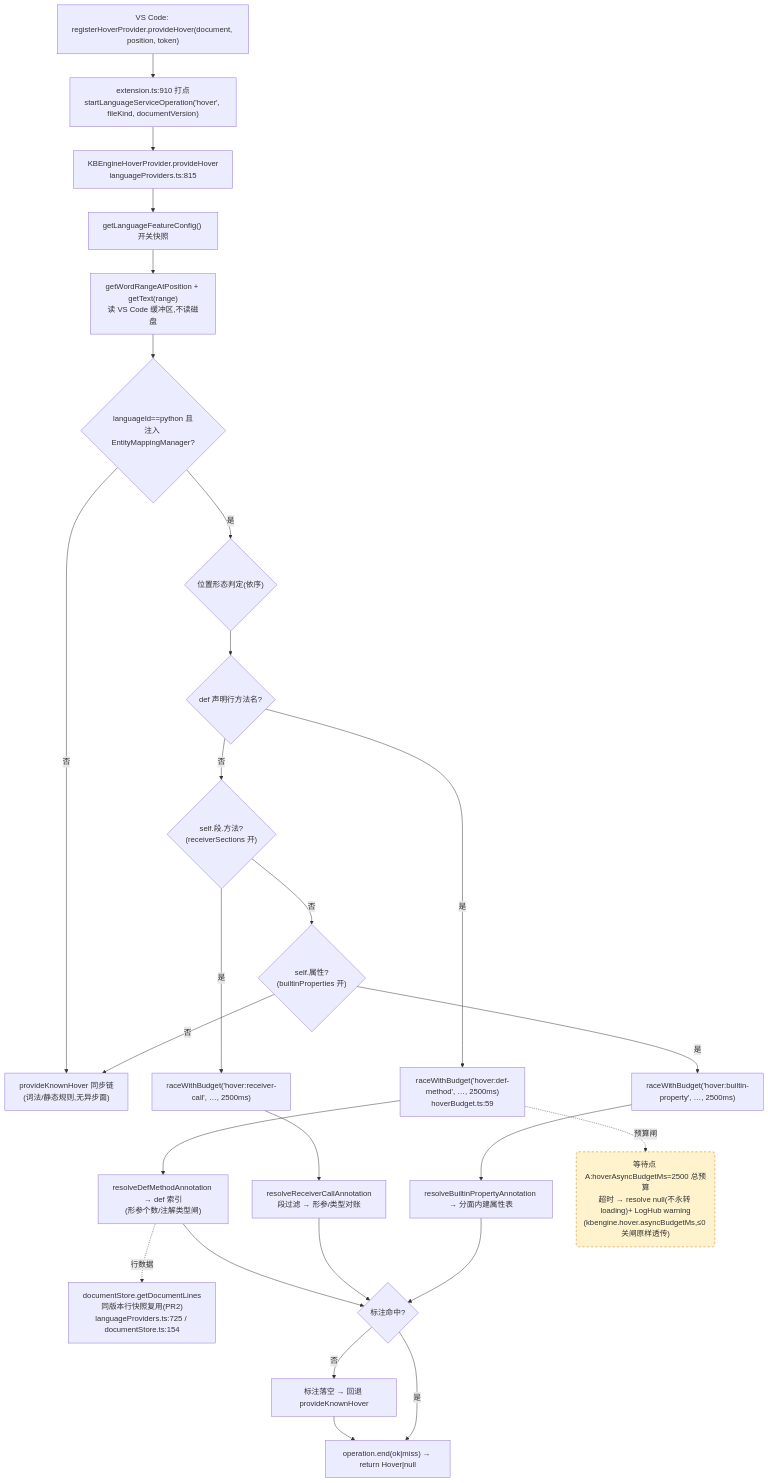
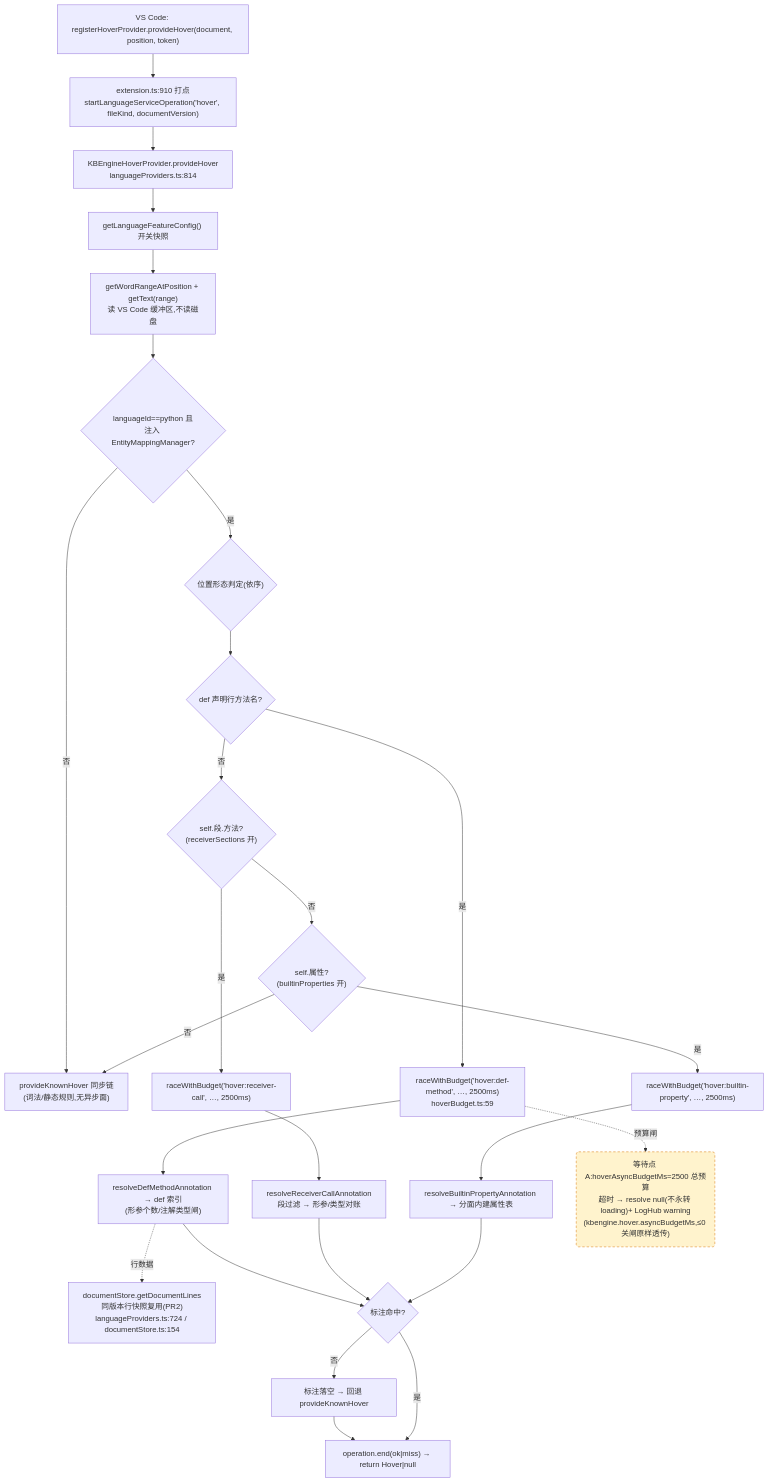
One commit to cuihairu/kode changed the first of 4 diagrams in docs/perf/2026-baseline.md. Above: the diagram before and after it, drawn with Mermaid. The commit also changed other lines of this file and 4 other files, not shown here.

````diff
--- a/docs/perf/2026-baseline.md
+++ b/docs/perf/2026-baseline.md
@@ -82,45 +82,45 @@
 ```mermaid
 flowchart TD
   VC1["VS Code: registerHoverProvider.provideHover(document, position, token)"]
   M1["extension.ts:910 打点<br/>startLanguageServiceOperation('hover', fileKind, documentVersion)"]
-  HP["KBEngineHoverProvider.provideHover<br/>languageProviders.ts:815"]
+  HP["KBEngineHoverProvider.provideHover<br/>languageProviders.ts:814"]
   CFG["getLanguageFeatureConfig() 开关快照"]
   WORD["getWordRangeAtPosition + getText(range)<br/>读 VS Code 缓冲区,不读磁盘"]
   BR{"languageId==python 且<br/>注入 EntityMappingManager?"}
   KN["provideKnownHover 同步链<br/>(词法/静态规则,无异步面)"]
   POS{"位置形态判定(依序)"}
   D1{"def 声明行方法名?"}
   D2{"self.段.方法?<br/>(receiverSections 开)"}
   D3{"self.属性?<br/>(builtinProperties 开)"}
   RA1["raceWithBudget('hover:def-method', …, 2500ms)<br/>hoverBudget.ts:59"]
   RA2["raceWithBudget('hover:receiver-call', …, 2500ms)"]
   RA3["raceWithBudget('hover:builtin-property', …, 2500ms)"]
   RS1["resolveDefMethodAnnotation → def 索引<br/>(形参个数/注解类型闸)"]
   RS2["resolveReceiverCallAnnotation<br/>段过滤 → 形参/类型对账"]
   RS3["resolveBuiltinPropertyAnnotation → 分面内建属性表"]
-  LINES["documentStore.getDocumentLines<br/>同版本行快照复用(PR2)<br/>languageProviders.ts:725 / documentStore.ts:154"]
+  LINES["documentStore.getDocumentLines<br/>同版本行快照复用(PR2)<br/>languageProviders.ts:724 / documentStore.ts:154"]
   MISS["标注落空 → 回退 provideKnownHover"]
   END1["operation.end(ok|miss) → return Hover|null"]
 
   VC1 --> M1 --> HP --> CFG --> WORD --> BR
   BR -- "否" --> KN
   BR -- "是" --> POS --> D1
   D1 -- "是" --> RA1 --> RS1
   D1 -- "否" --> D2
   D2 -- "是" --> RA2 --> RS2
   D2 -- "否" --> D3
   D3 -- "是" --> RA3 --> RS3
   D3 -- "否" --> KN
   RS1 --> HIT{"标注命中?"}
   RS2 --> HIT
   RS3 --> HIT
   RS1 -.->|行数据| LINES
   HIT -- "否" --> MISS --> END1
   HIT -- "是" --> END1
 
   WAITA("等待点 A:hoverAsyncBudgetMs=2500 总预算<br/>超时 → resolve null(不永转 loading)+ LogHub warning<br/>(kbengine.hover.asyncBudgetMs,≤0 关闸原样透传)")
   RA1 -.->|预算闸| WAITA
 
   classDef waitPoint fill:#fff3cd,stroke:#d97706,stroke-dasharray:5 4;
   class WAITA waitPoint;
 ```
````
